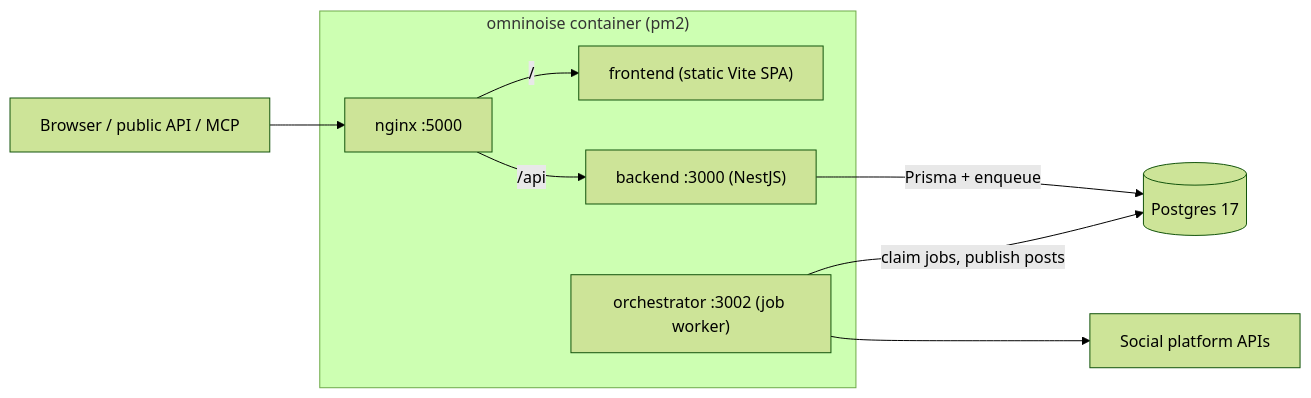
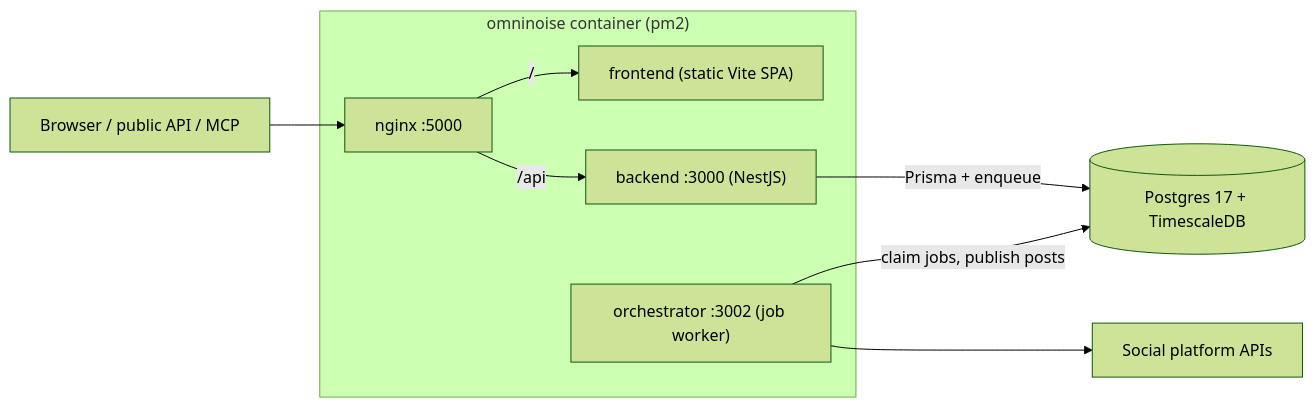
One commit to cuongtranba/omninoise changed the diagram in README.md. Above: the diagram before and after it, drawn with Mermaid (forest theme). The commit also changed other lines of this file and 3 other files, not shown here.

First line of the commit message:
Run Postgres with TimescaleDB in production, dev and CI

````diff
--- a/README.md
+++ b/README.md
@@ -21,12 +22,12 @@
 ```mermaid
 flowchart LR
   user["Browser / public API / MCP"] --> nginx["nginx :5000"]
   subgraph app["omninoise container (pm2)"]
     nginx -->|"/"| frontend["frontend (static Vite SPA)"]
     nginx -->|"/api"| backend["backend :3000 (NestJS)"]
     orchestrator["orchestrator :3002 (job worker)"]
   end
-  backend -->|"Prisma + enqueue"| pg[("Postgres 17")]
+  backend -->|"Prisma + enqueue"| pg[("Postgres 17 + TimescaleDB")]
   orchestrator -->|"claim jobs, publish posts"| pg
   orchestrator --> social["Social platform APIs"]
 ```
````
